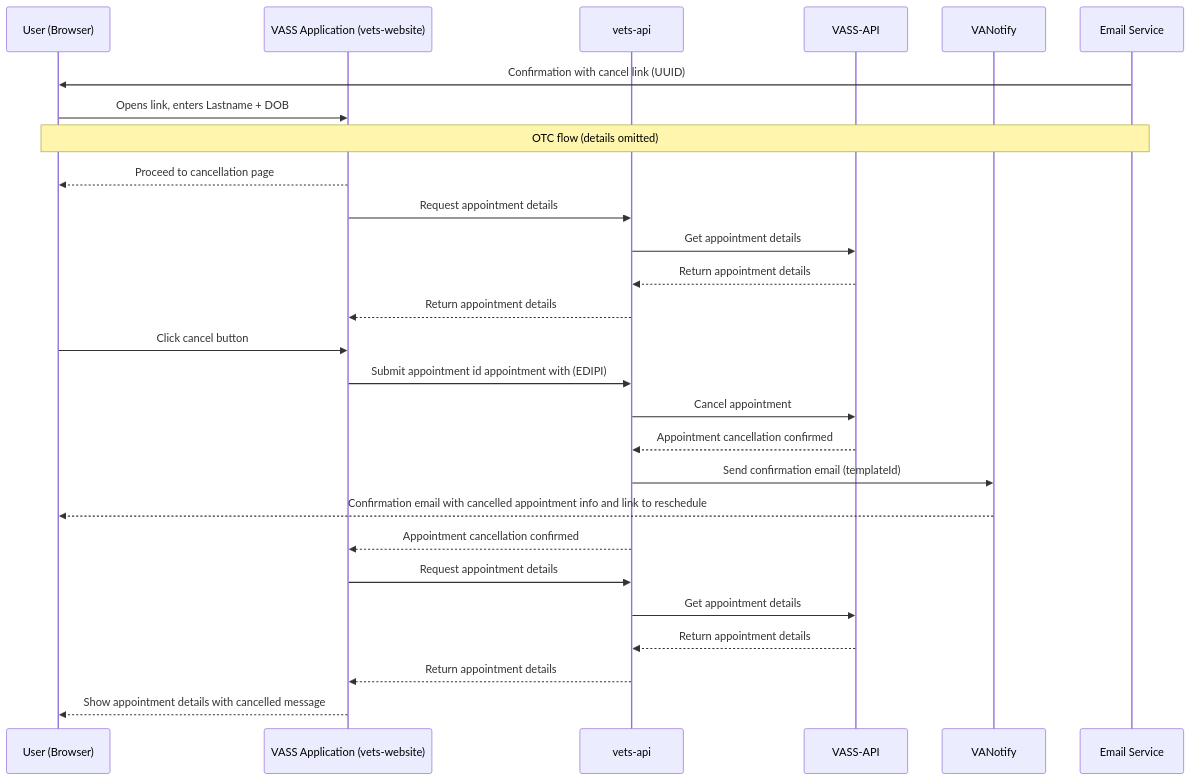
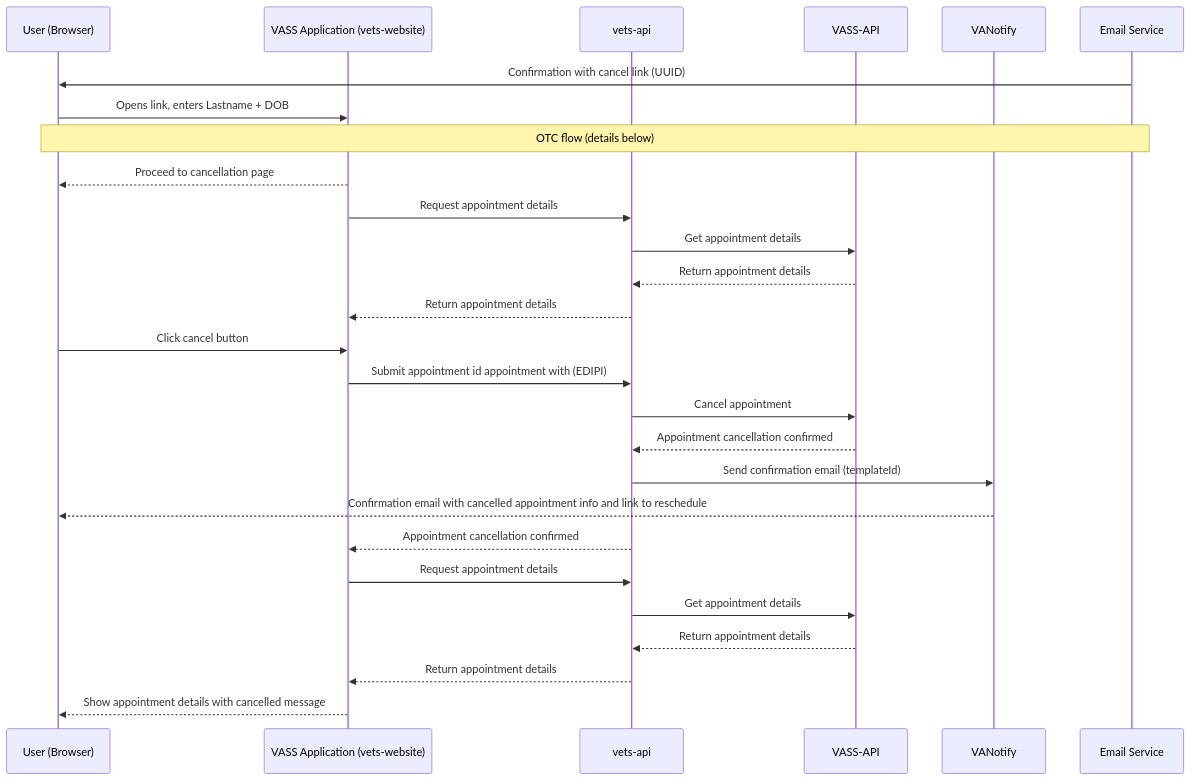
The second of 3 diagrams in products/health-care/appointments/va-online-scheduling/initiatives/solid-start-scheduling/engineering/sequence-diagrams/otc-flow.md (department-of-veterans-affairs/va.gov-team), drawn with Mermaid before and after one commit. The commit also changed other lines of this file, not shown here.

````diff
--- a/products/health-care/appointments/va-online-scheduling/initiatives/solid-start-scheduling/engineering/sequence-diagrams/otc-flow.md
+++ b/products/health-care/appointments/va-online-scheduling/initiatives/solid-start-scheduling/engineering/sequence-diagrams/otc-flow.md
@@ -45,39 +45,39 @@
 ``` mermaid
 sequenceDiagram
     participant U as User (Browser)
     participant F as VASS Application (vets-website)
     participant V as vets-api
     participant S as VASS-API
     participant N as VANotify
     participant E as Email Service
 
     %% Step 1: Confirmation Email
     E->>U: Confirmation with cancel link (UUID)
 
     %% Step 2: User validates identity
     U->>F: Opens link, enters Lastname + DOB
-    Note over U,E: OTC flow (details omitted)
+    Note over U,E: OTC flow (details below)
     F-->>U: Proceed to cancellation page
 
     %% Step 4: Cancellation Flow
     F->>V: Request appointment details
     V->>S: Get appointment details
     S-->>V: Return appointment details
     V-->>F: Return appointment details
     U->>F: Click cancel button
 
     %% Step 5: Confirm Cancelled Appointment
     F->>V: Submit appointment id appointment with (EDIPI)
     V->>S: Cancel appointment
     S-->>V: Appointment cancellation confirmed
     V->>N: Send confirmation email (templateId)
     N-->>U: Confirmation email with cancelled appointment info and link to reschedule
     V-->>F: Appointment cancellation confirmed
 
     %% Step 5: If cancel is successful request appointment details again
     F->>V: Request appointment details
     V->>S: Get appointment details
     S-->>V: Return appointment details
     V-->>F: Return appointment details 
     F-->>U: Show appointment details with cancelled message
 ```
````
